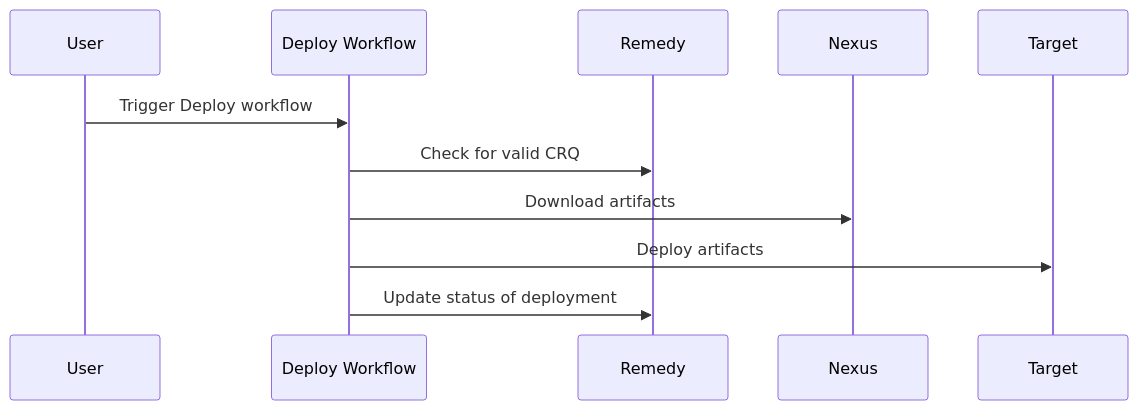
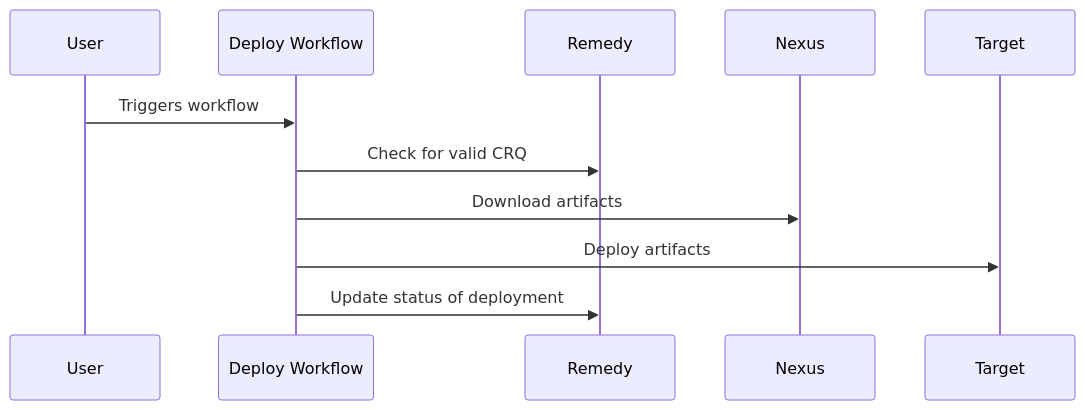
The third of 3 diagrams in README.md (devarab1/Diagrams), drawn with Mermaid before and after one commit. The commit also changed other lines of this file, not shown here.

````diff
--- a/README.md
+++ b/README.md
@@ -35,14 +35,14 @@
 ```mermaid
 sequenceDiagram
     participant User
     participant Deploy Workflow
     participant Remedy
     participant Nexus
     participant Target
 
-    User->>Deploy Workflow: Trigger Deploy workflow
+    User->>Deploy Workflow: Triggers workflow
     Deploy Workflow->>Remedy: Check for valid CRQ
     Deploy Workflow->>Nexus: Download artifacts
     Deploy Workflow->>Target: Deploy artifacts
     Deploy Workflow->>Remedy: Update status of deployment
 ```
````
